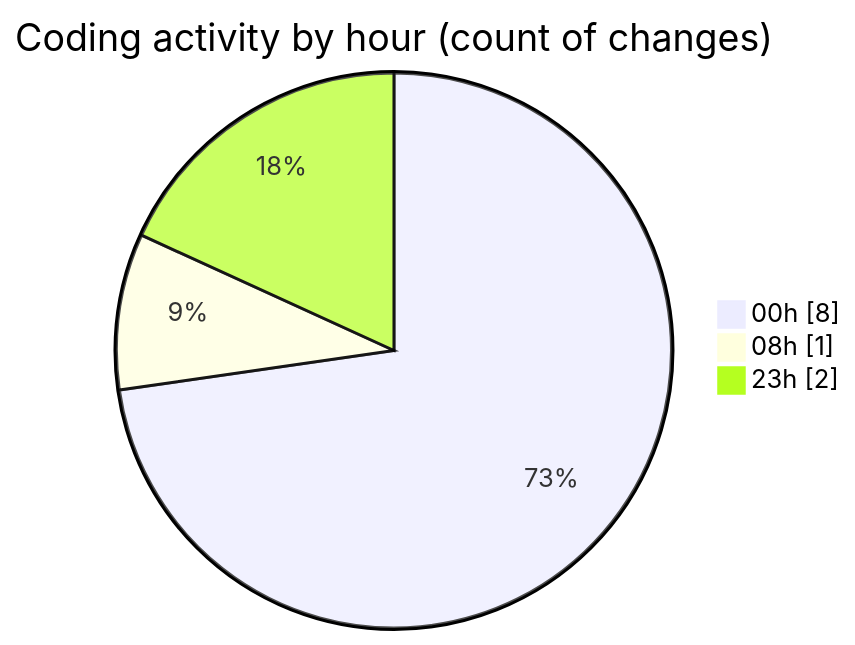
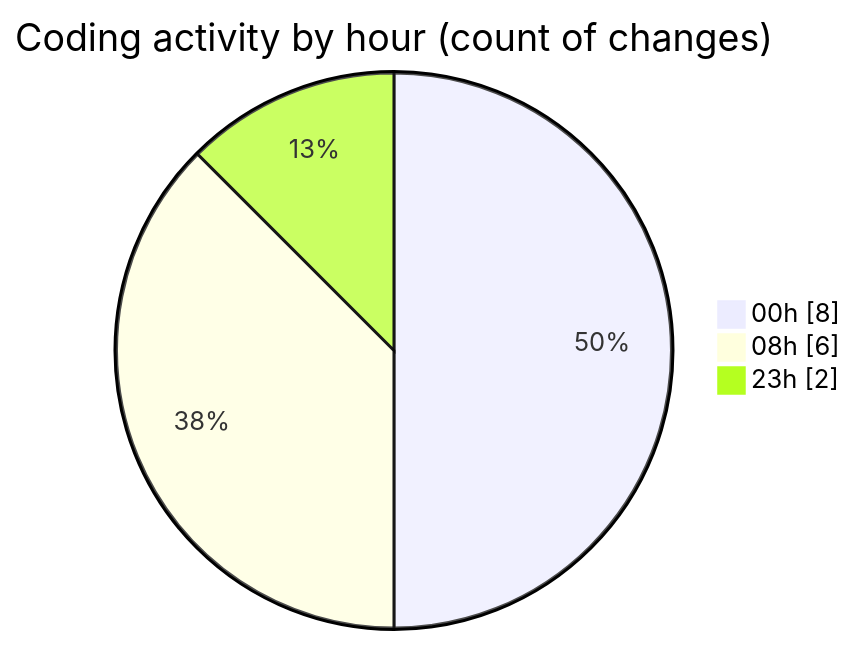
The second of 2 diagrams in 2025-08-13/ribbon/README.md (EIIisD/code-tracking), drawn with Mermaid before and after one commit. The commit also changed other lines of this file and 1 other file, not shown here.

````diff
--- a/2025-08-13/ribbon/README.md
+++ b/2025-08-13/ribbon/README.md
@@ -34,7 +35,7 @@
 ```mermaid
 pie showData
 title Coding activity by hour (count of changes)
 "00h" : 8
-"08h" : 1
+"08h" : 6
 "23h" : 2
 ```
````
